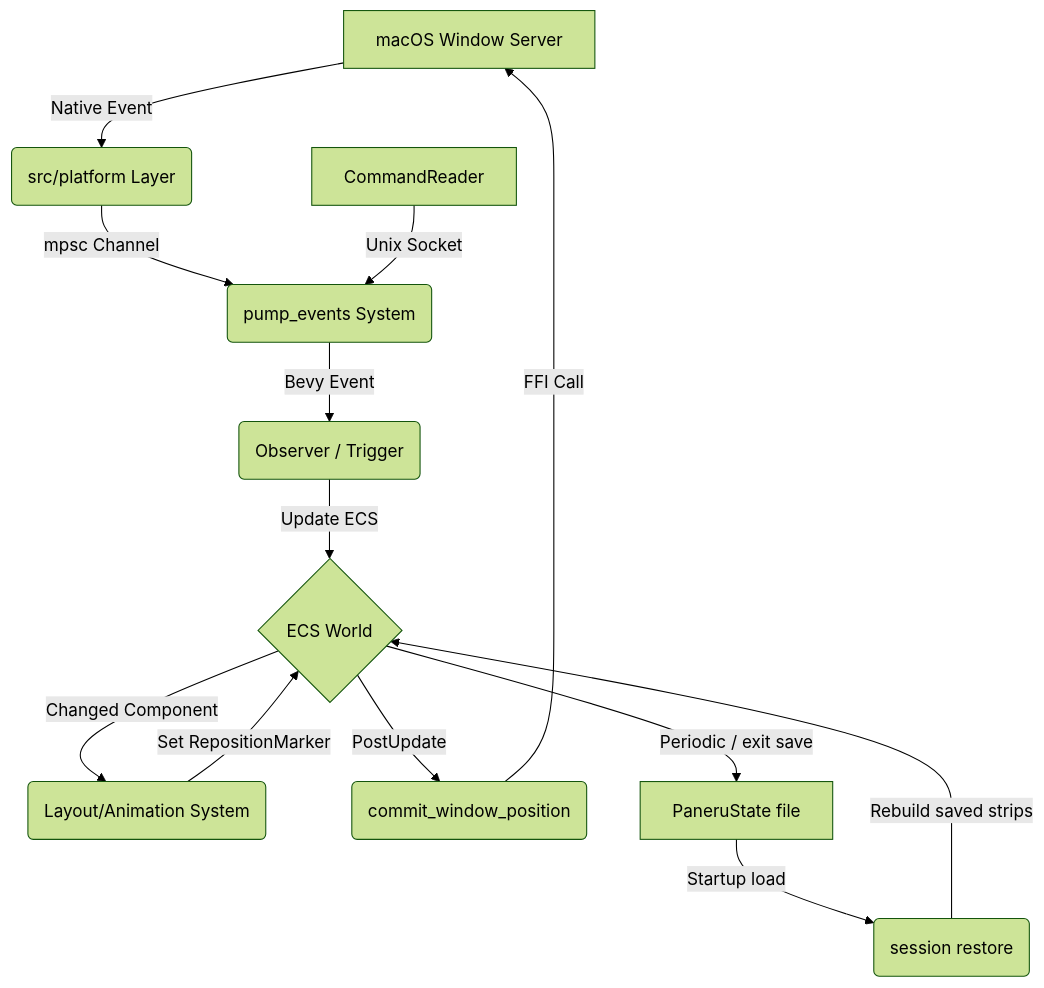
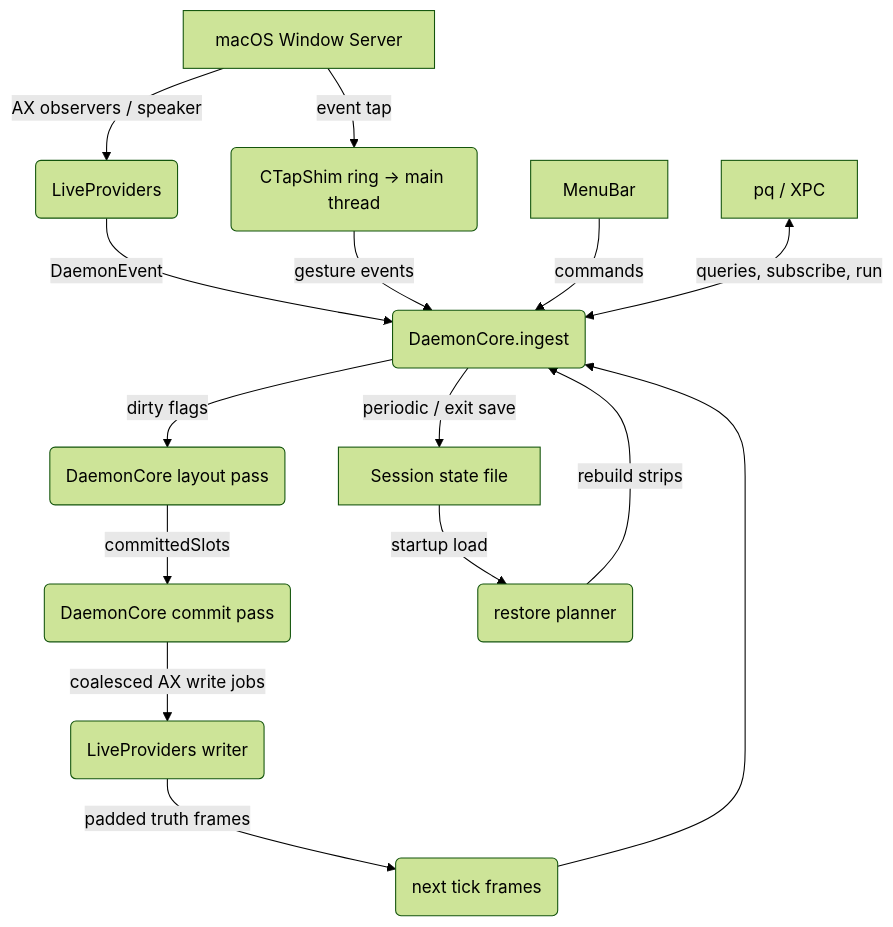
One commit to iv-lite/paneru changed the diagram in ARCHITECTURE.md. Above: the diagram before and after it, drawn with Mermaid (forest theme). The commit also changed other lines of this file and 116 other files, not shown here.

````diff
--- a/ARCHITECTURE.md
+++ b/ARCHITECTURE.md
@@ -144,15 +135,17 @@
 ```mermaid
 graph TD
-    A[macOS Window Server] -->|Native Event| B(src/platform Layer)
-    B -->|mpsc Channel| C(pump_events System)
-    C -->|Bevy Event| D(Observer / Trigger)
-    D -->|Update ECS| E{ECS World}
-    E -->|Changed Component| F(Layout/Animation System)
-    F -->|Set RepositionMarker| E
-    E -->|PostUpdate| G(commit_window_position)
-    G -->|FFI Call| A
-    H[CommandReader] -->|Unix Socket| C
-    S[PaneruState file] -->|Startup load| R(session restore)
-    R -->|Rebuild saved strips| E
-    E -->|Periodic / exit save| S
+    A[macOS Window Server] -->|AX observers / speaker| B(LiveProviders)
+    A -->|event tap| C(CTapShim ring -> main thread)
+    B -->|DaemonEvent| D(DaemonCore.ingest)
+    C -->|gesture events| D
+    D -->|dirty flags| E(DaemonCore layout pass)
+    E -->|committedSlots| F(DaemonCore commit pass)
+    F -->|coalesced AX write jobs| G(LiveProviders writer)
+    G -->|padded truth frames| H(next tick frames)
+    H --> D
+    I[MenuBar] -->|commands| D
+    J[pq / XPC] <-->|queries, subscribe, run| D
+    K[Session state file] -->|startup load| L(restore planner)
+    L -->|rebuild strips| D
+    D -->|periodic / exit save| K
 ```
````
